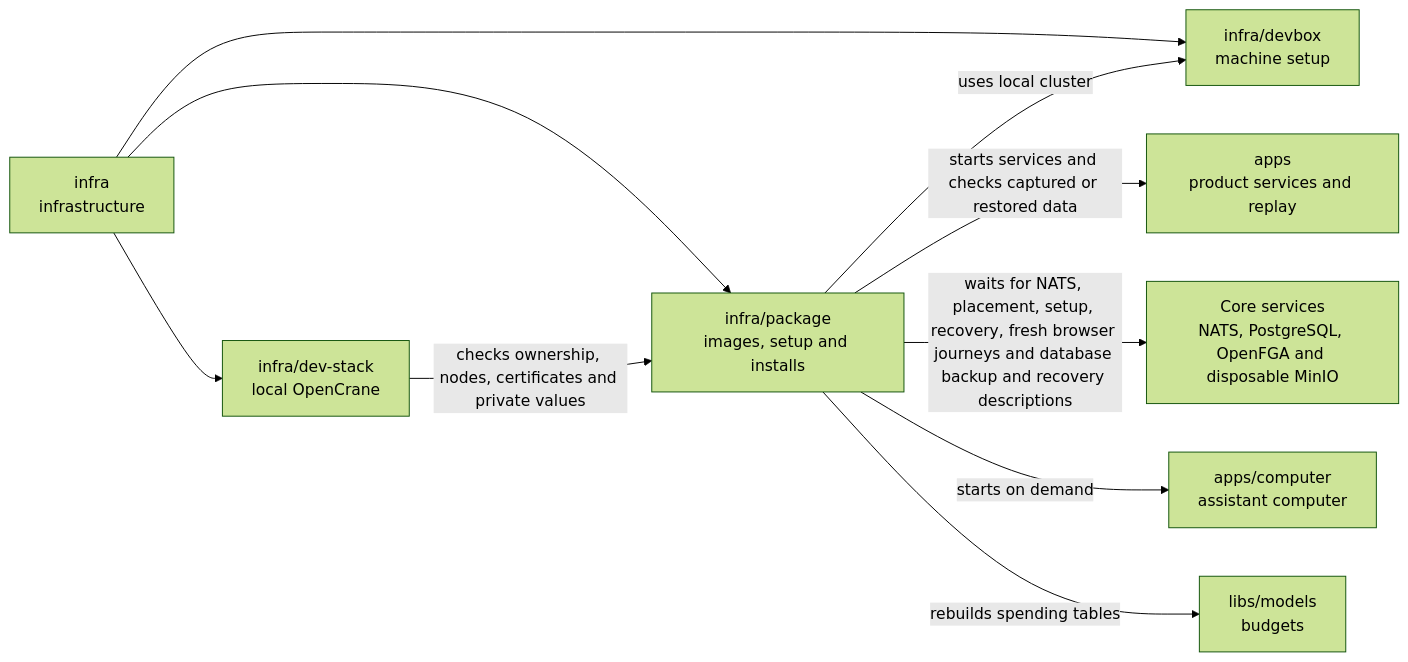
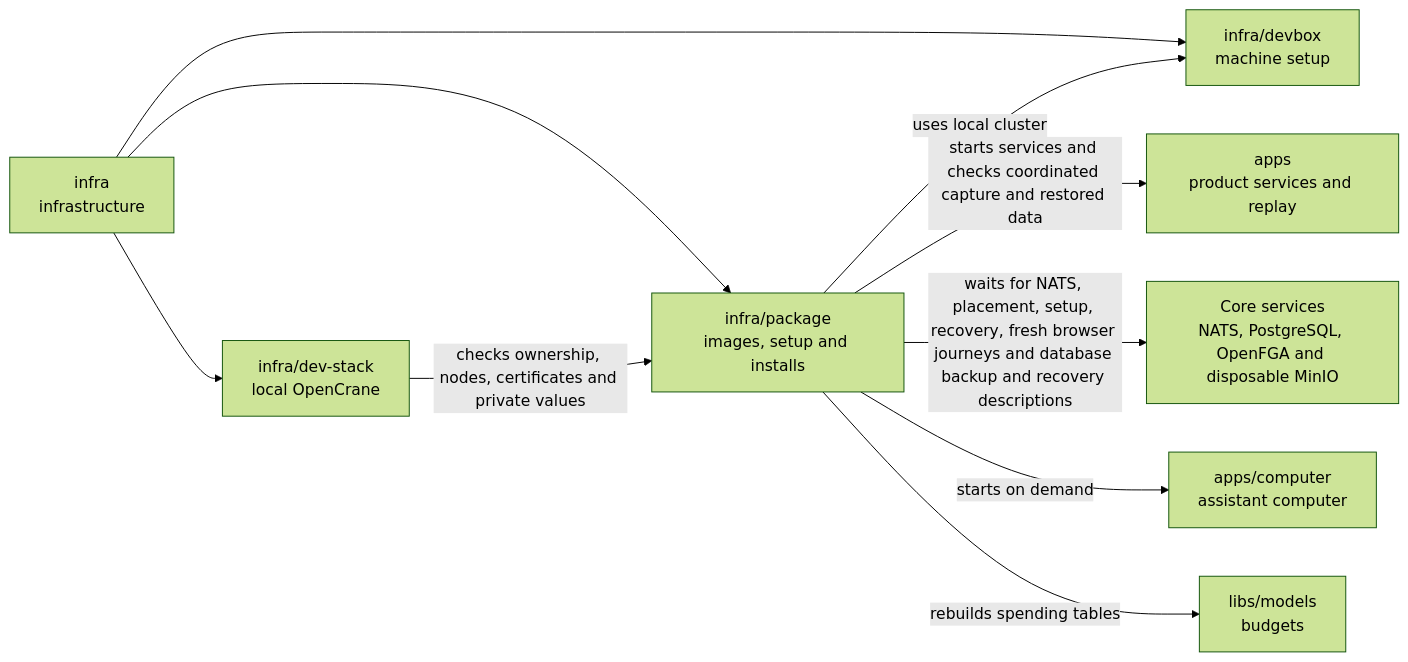
One commit to elewa-git/opencrane-new changed the diagram in infra/package/README.md. Above: the diagram before and after it, drawn with Mermaid (forest theme). The commit also changed other lines of this file and 9 other files, not shown here.

````diff
--- a/infra/package/README.md
+++ b/infra/package/README.md
@@ -19,12 +19,12 @@
 ```mermaid
 flowchart LR
   infra["infra<br/>infrastructure"] --> package["infra/package<br/>images, setup and installs"]
   infra --> stack["infra/dev-stack<br/>local OpenCrane"]
   infra --> devbox["infra/devbox<br/>machine setup"]
   stack -->|checks ownership, nodes, certificates and private values| package
   package -->|uses local cluster| devbox
-  package -->|starts services and checks captured or restored data| apps["apps<br/>product services and replay"]
+  package -->|starts services and checks coordinated capture and restored data| apps["apps<br/>product services and replay"]
   package -->|waits for NATS, placement, setup, recovery, fresh browser journeys and database backup and recovery descriptions| services["Core services<br/>NATS, PostgreSQL, OpenFGA and disposable MinIO"]
   package -->|starts on demand| computer["apps/computer<br/>assistant computer"]
   package -->|rebuilds spending tables| models["libs/models<br/>budgets"]
 ```
````
